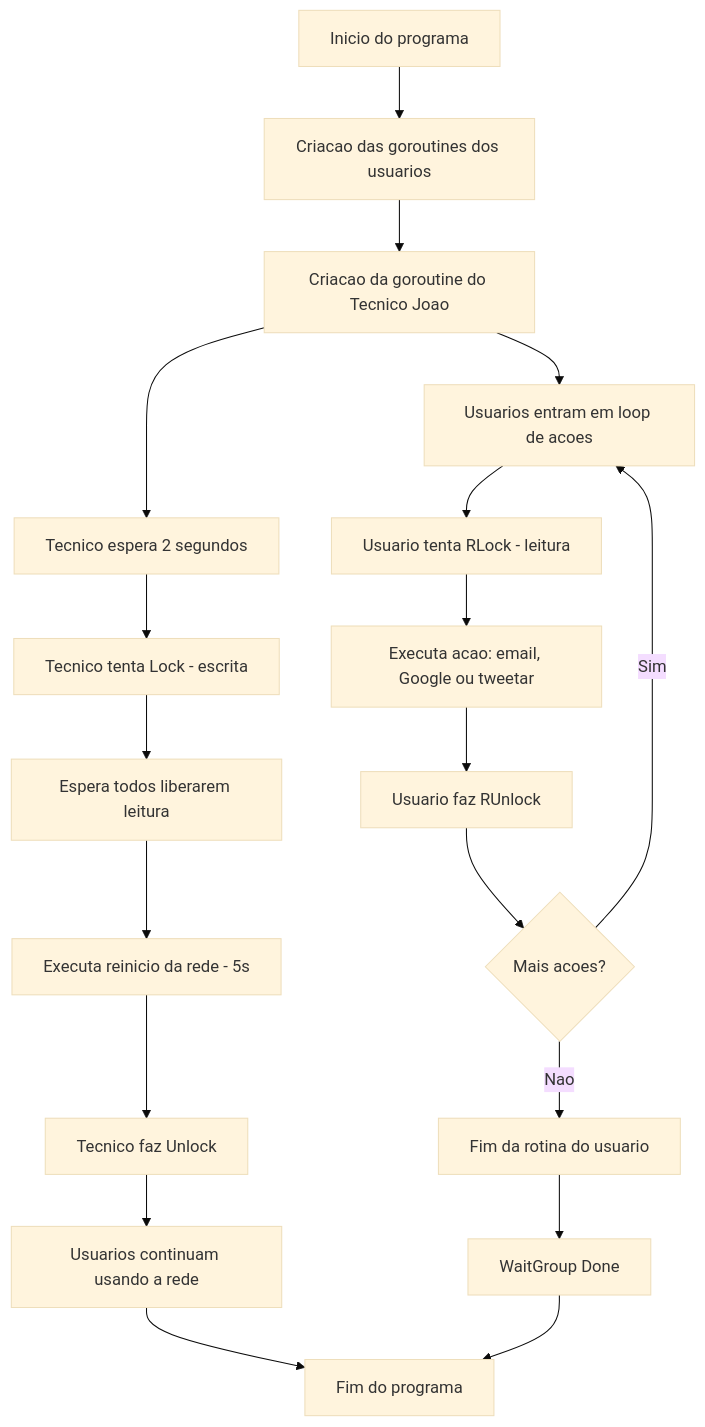
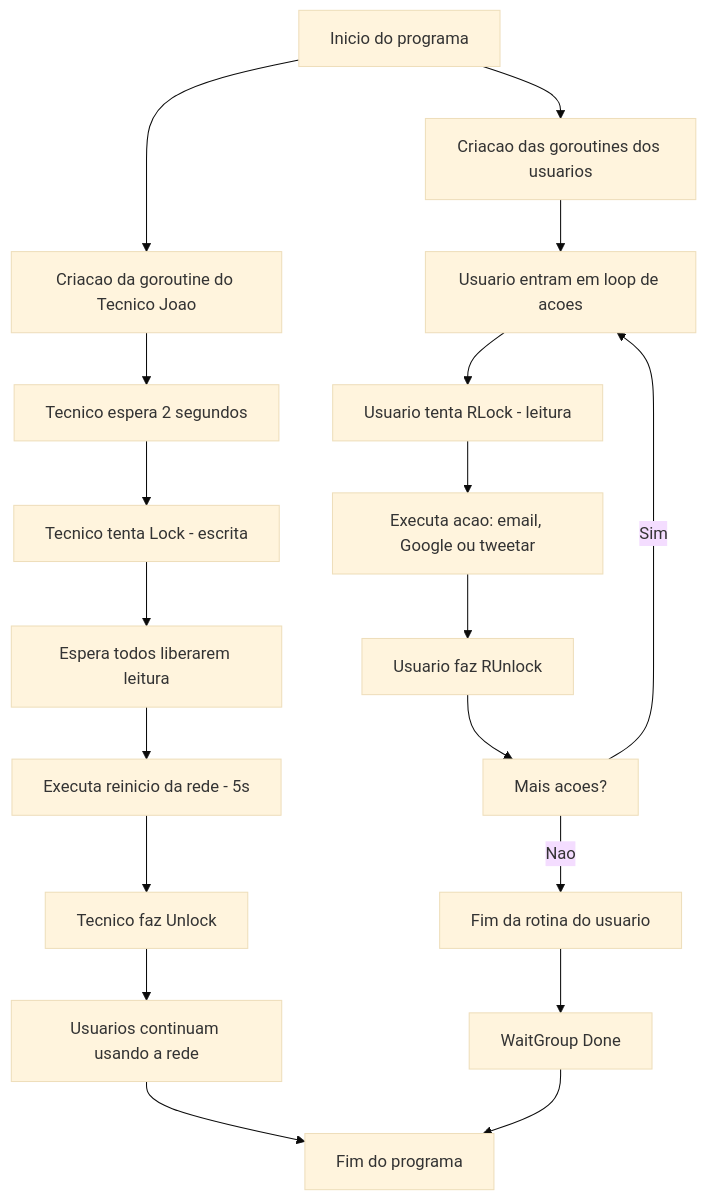
Before and after one commit to Hoyci/meu-segundo-cerebro: the second of 2 diagrams in tecnologia/golang/Goroutines - Artigo.md, drawn with Mermaid (base theme).

Commit message:
"Auto commit: 2025-05-22 13:11:26"

````diff
--- a/tecnologia/golang/Goroutines - Artigo.md
+++ b/tecnologia/golang/Goroutines - Artigo.md
@@ -405,24 +405,25 @@
 ```mermaid
 flowchart TD
-    A[Inicio do programa] --> B[Criacao das goroutines dos usuarios]
-    B --> C[Criacao da goroutine do Tecnico Joao]
-    
-    C --> D[Usuarios entram em loop de acoes]
-    D --> E[Usuario tenta RLock - leitura]
-    E --> F[Executa acao: email, Google ou tweetar]
-    F --> G[Usuario faz RUnlock]
-    G --> H{Mais acoes?}
-    H -->|Sim| D
-    H -->|Nao| I[Fim da rotina do usuario]
 
-    C --> J[Tecnico espera 2 segundos]
-    J --> K[Tecnico tenta Lock - escrita]
-    K --> L[Espera todos liberarem leitura]
-    L --> M[Executa reinicio da rede - 5s]
-    M --> N[Tecnico faz Unlock]
+A[Inicio do programa] --> C[Criacao das goroutines dos usuarios]
+A --> B[Criacao da goroutine do Tecnico Joao]
 
-    I --> O[WaitGroup Done]
-    N --> P[Usuarios continuam usando a rede]
-    P --> Q[Fim do programa]
-    O --> Q
+B --> J[Tecnico espera 2 segundos]
+J --> K[Tecnico tenta Lock - escrita]
+K --> L[Espera todos liberarem leitura]
+L --> M[Executa reinicio da rede - 5s]
+M --> N[Tecnico faz Unlock]
+
+C --> D[Usuario entram em loop de acoes]
+D --> E[Usuario tenta RLock - leitura]
+E --> F[Executa acao: email, Google ou tweetar]
+F --> G[Usuario faz RUnlock]
+G --> H[Mais acoes?]
+H -->|Sim| D
+H -->|Nao| I[Fim da rotina do usuario]
+I --> O[WaitGroup Done]
+
+N --> P[Usuarios continuam usando a rede]
+P --> Q[Fim do programa]
+O --> Q
 ```
````
